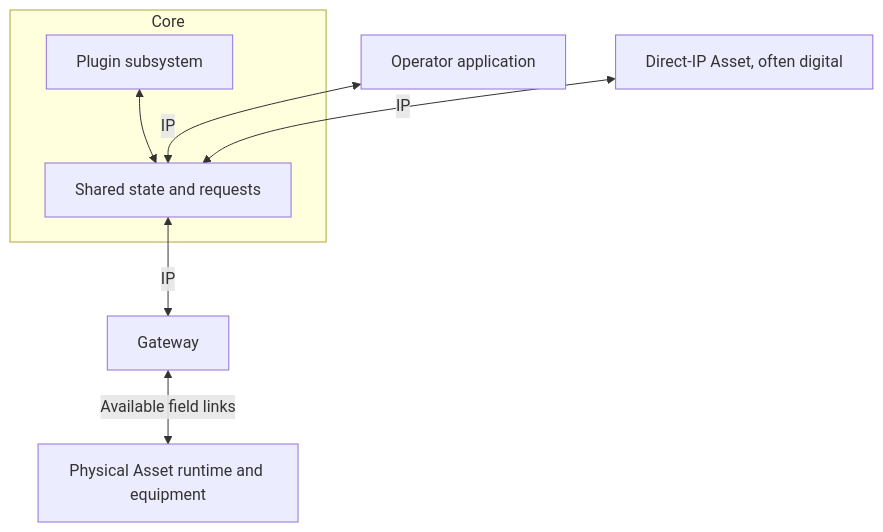
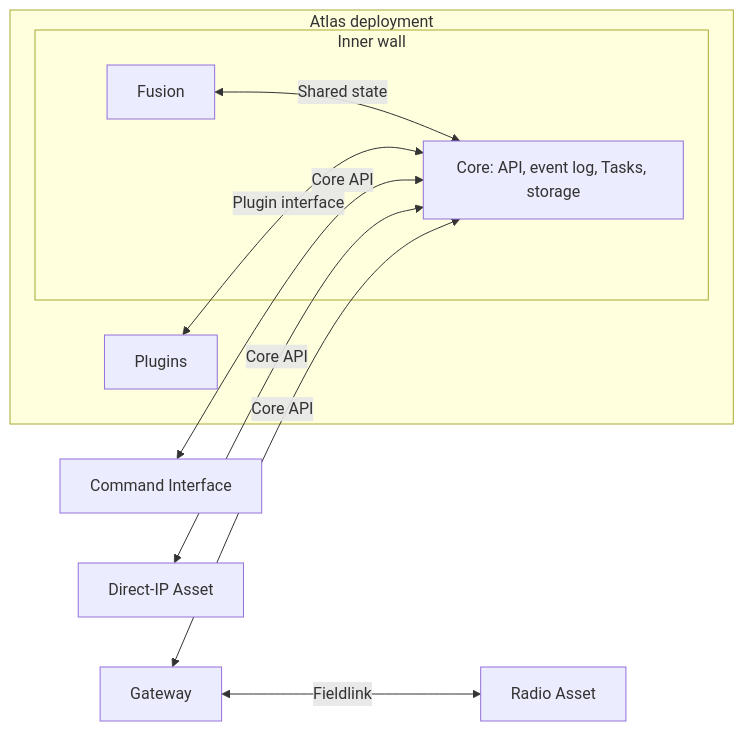
The diagram in atlas/using-atlas.md (atlas-field-systems/atlas), drawn with Mermaid before and after one commit. The commit also changed other lines of this file and 7 other files, not shown here.

First line of the commit message:
Move the remaining Charter pages to the Core API direction

````diff
--- a/atlas/using-atlas.md
+++ b/atlas/using-atlas.md
@@ -9,11 +10,16 @@
 ```mermaid
-flowchart TD
-    subgraph Core
-        C[Shared state and requests]
-        P[Plugin subsystem] <--> C
+flowchart LR
+    subgraph City[Atlas deployment]
+        subgraph Inner[Inner wall]
+            C[Core: API, event log, Tasks, storage]
+            F[Fusion]
+        end
+        P[Plugins]
     end
-    U[Operator application] <-->|IP| C
-    C <-->|IP| G[Gateway]
-    G <-->|Available field links| A[Physical Asset runtime and equipment]
-    D[Direct-IP Asset, often digital] <-->|IP| C
+    F <-->|Shared state| C
+    P <-->|Plugin interface| C
+    UI[Command Interface] <-->|Core API| C
+    D[Direct-IP Asset] <-->|Core API| C
+    G[Gateway] <-->|Core API| C
+    G <-->|Fieldlink| A[Radio Asset]
 ```
````
